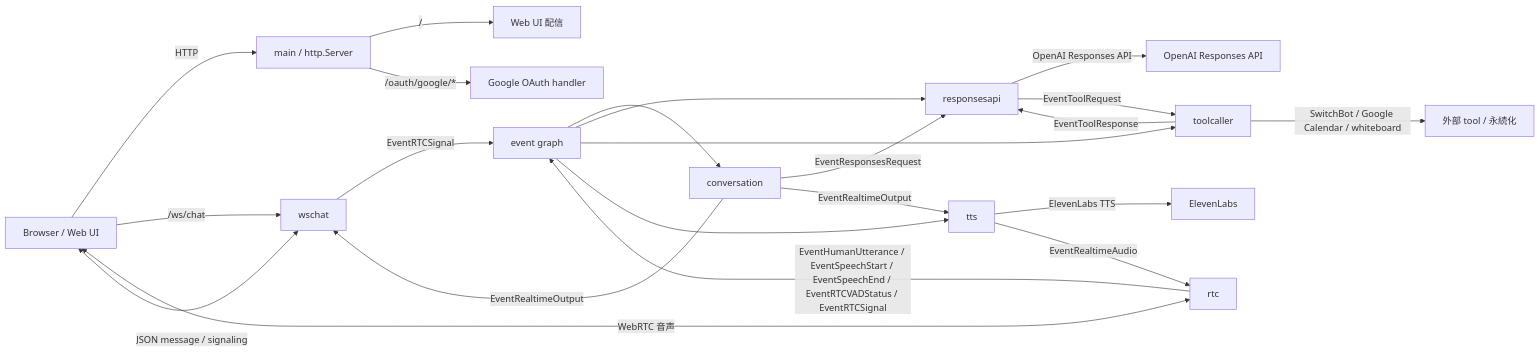
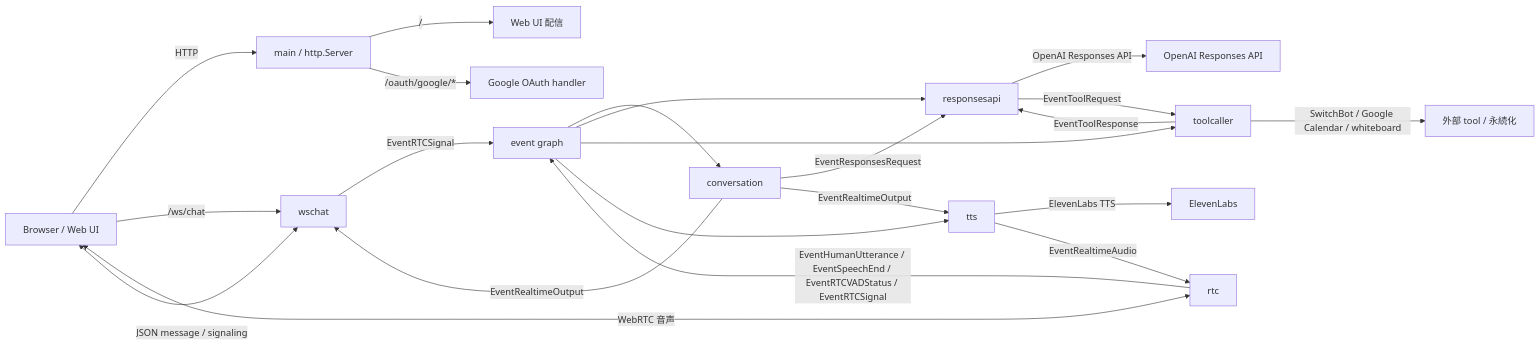
One commit to tetetratra/smart-speaker changed the first of 2 diagrams in docs/architecture.md. Above: the diagram before and after it, drawn with Mermaid. The commit also changed other lines of this file and 15 other files, not shown here.

Commit message:
EventSpeechStart を全体から削除

````diff
--- a/docs/architecture.md
+++ b/docs/architecture.md
@@ -9,26 +9,26 @@
 ```mermaid
 flowchart LR
   Browser["Browser / Web UI"] -->|HTTP| HTTP["main / http.Server"]
   HTTP -->|/| Static["Web UI 配信"]
   HTTP -->|/oauth/google/*| OAuth["Google OAuth handler"]
   Browser -->|/ws/chat| WS["wschat"]
   Browser <-->|WebRTC 音声| RTC["rtc"]
   WS <-->|JSON message / signaling| Browser
 
   WS -->|EventRTCSignal| Graph["event graph"]
-  RTC -->|EventHumanUtterance / EventSpeechStart / EventSpeechEnd / EventRTCVADStatus / EventRTCSignal| Graph
+  RTC -->|EventHumanUtterance / EventSpeechEnd / EventRTCVADStatus / EventRTCSignal| Graph
   Graph --> CONV["conversation"]
   Graph --> RESP["responsesapi"]
   Graph --> TOOL["toolcaller"]
   Graph --> TTS["tts"]
 
   CONV -->|EventResponsesRequest| RESP
   RESP -->|OpenAI Responses API| OpenAI["OpenAI Responses API"]
   RESP -->|EventToolRequest| TOOL
   TOOL -->|SwitchBot / Google Calendar / whiteboard| Ext["外部 tool / 永続化"]
   TOOL -->|EventToolResponse| RESP
   CONV -->|EventRealtimeOutput| TTS
   TTS -->|ElevenLabs TTS| ElevenLabs["ElevenLabs"]
   TTS -->|EventRealtimeAudio| RTC
   CONV -->|EventRealtimeOutput| WS
 ```
````
